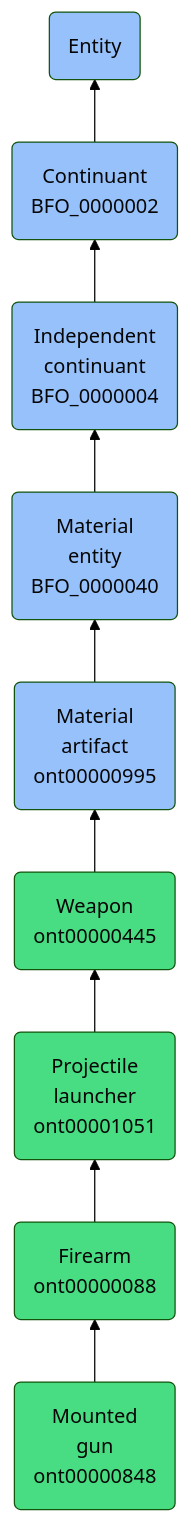
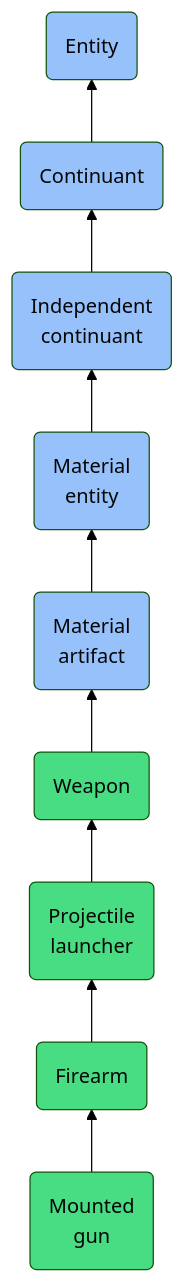
One commit to jupyter-naas/abi changed the diagram in docs/ontology/reference/model/Entity/Continuant/Independent continuant/Material entity/Material artifact/Weapon/Projectile launcher/Firearm/Mounted gun/Mounted gun.md. Above: the diagram before and after it, drawn with Mermaid (forest theme). The commit also changed other lines of this file and 1430 other files, not shown here.

````diff
--- a/docs/ontology/reference/model/Entity/Continuant/Independent continuant/Material entity/Material artifact/Weapon/Projectile launcher/Firearm/Mounted gun/Mounted gun.md
+++ b/docs/ontology/reference/model/Entity/Continuant/Independent continuant/Material entity/Material artifact/Weapon/Projectile launcher/Firearm/Mounted gun/Mounted gun.md
@@ -24,16 +24,16 @@
 ```mermaid
 graph BT
-    ont00000848(Mounted<br>gun<br>ont00000848):::ABI-->ont00000088
-    ont00000088(Firearm<br>ont00000088):::ABI-->ont00001051
-    ont00001051(Projectile<br>launcher<br>ont00001051):::ABI-->ont00000445
-    ont00000445(Weapon<br>ont00000445):::ABI-->ont00000995
-    ont00000995(Material<br>artifact<br>ont00000995):::BFO-->BFO_0000040
-    BFO_0000040(Material<br>entity<br>BFO_0000040):::BFO-->BFO_0000004
-    BFO_0000004(Independent<br>continuant<br>BFO_0000004):::BFO-->BFO_0000002
-    BFO_0000002(Continuant<br>BFO_0000002):::BFO-->BFO_0000001
+    ont00000848(Mounted<br>gun):::ABI-->ont00000088
+    ont00000088(Firearm):::ABI-->ont00001051
+    ont00001051(Projectile<br>launcher):::ABI-->ont00000445
+    ont00000445(Weapon):::ABI-->ont00000995
+    ont00000995(Material<br>artifact):::BFO-->BFO_0000040
+    BFO_0000040(Material<br>entity):::BFO-->BFO_0000004
+    BFO_0000004(Independent<br>continuant):::BFO-->BFO_0000002
+    BFO_0000002(Continuant):::BFO-->BFO_0000001
     BFO_0000001(Entity):::BFO
     
     classDef BFO fill:#97c1fb,color:#060606
     classDef CCO fill:#e4c51e,color:#060606
     classDef ABI fill:#48DD82,color:#060606
 ```
````
